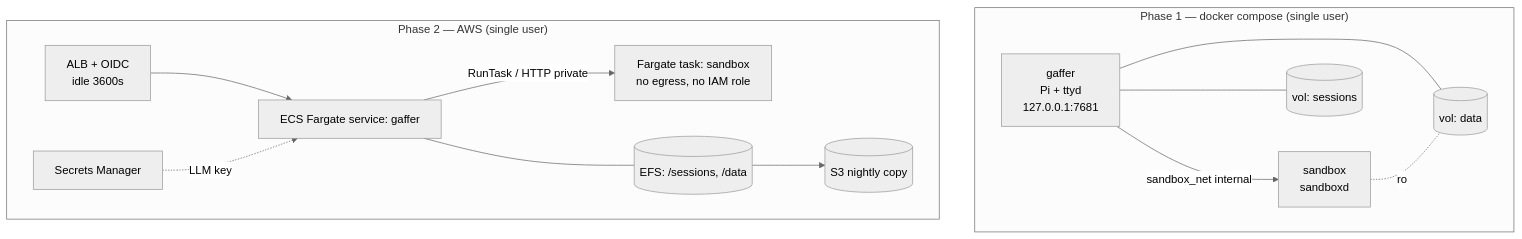
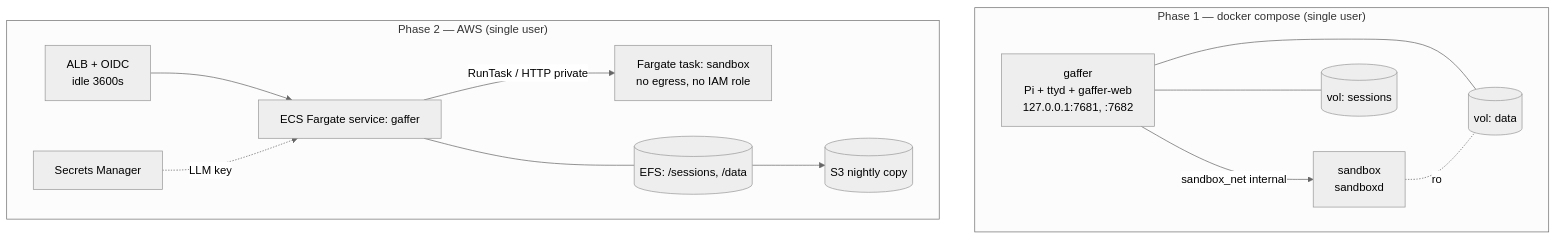
One commit to chrisxrobinson/gaffer changed the second of 3 diagrams in docs/ARCHITECTURE.md. Above: the diagram before and after it, drawn with Mermaid (neutral theme). The commit also changed other lines of this file and 167 other files, not shown here.

````diff
--- a/docs/ARCHITECTURE.md
+++ b/docs/ARCHITECTURE.md
@@ -445,17 +452,17 @@
 ```mermaid
 flowchart TB
   subgraph Local["Phase 1 — docker compose (single user)"]
     direction LR
-    g1[gaffer<br/>Pi + ttyd<br/>127.0.0.1:7681] -- sandbox_net internal --> s1[sandbox<br/>sandboxd]
+    g1[gaffer<br/>Pi + ttyd + gaffer-web<br/>127.0.0.1:7681, :7682] -- sandbox_net internal --> s1[sandbox<br/>sandboxd]
     g1 --- v1[(vol: sessions)]
     g1 --- v2[(vol: data)]
     s1 -. ro .- v2
   end
   subgraph AWS["Phase 2 — AWS (single user)"]
     direction LR
     alb[ALB + OIDC<br/>idle 3600s] --> svc[ECS Fargate service: gaffer]
     svc -- RunTask / HTTP private --> tsk[Fargate task: sandbox<br/>no egress, no IAM role]
     svc --- efs[(EFS: /sessions, /data)] --> s3[(S3 nightly copy)]
     sm[Secrets Manager] -. LLM key .-> svc
   end
 ```
````
